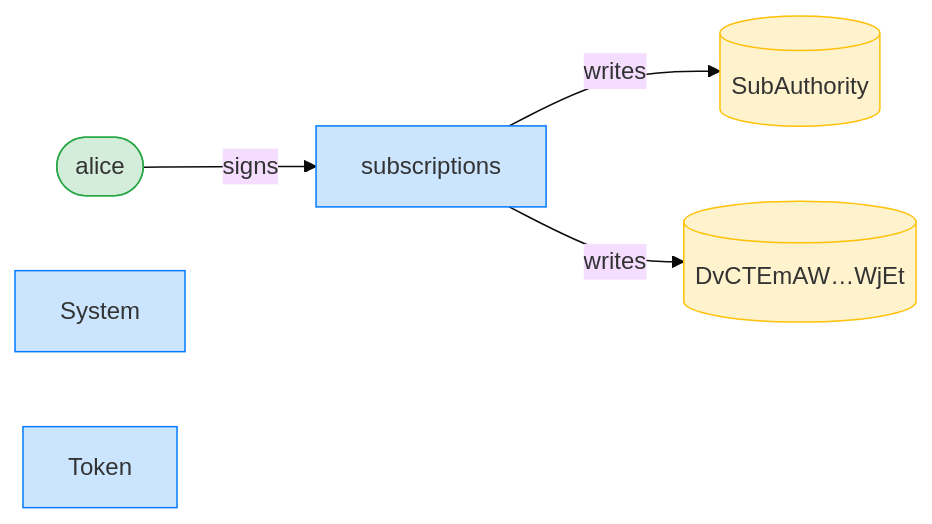
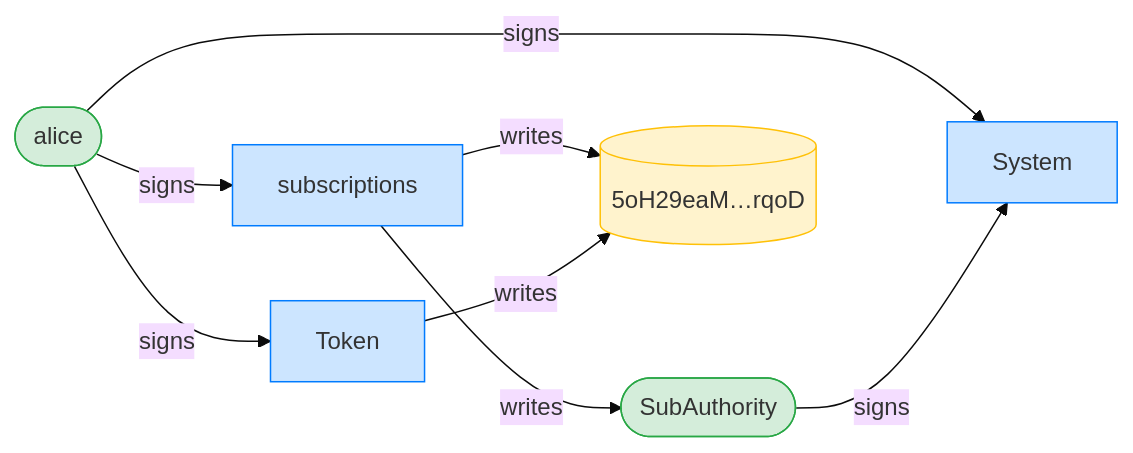
The third of 16 diagrams in dsl_tests/create-multiple-delegations-at-different-nonces.md (cds-rs/subscriptions), drawn with Mermaid (base theme) before and after one commit. The commit also changed other lines of this file and 224 other files, not shown here.

````diff
--- a/dsl_tests/create-multiple-delegations-at-different-nonces.md
+++ b/dsl_tests/create-multiple-delegations-at-different-nonces.md
@@ -53,15 +54,19 @@
 ```mermaid
 flowchart LR
     classDef signer fill:#d4edda,stroke:#28a745;
     classDef program fill:#cce5ff,stroke:#007bff;
     classDef writable fill:#fff3cd,stroke:#ffc107;
     subscriptions[subscriptions]:::program
     alice([alice]):::signer
-    SubAuthority[(SubAuthority)]:::writable
-    DvCTEmAW_WjEt[("DvCTEmAW…WjEt")]:::writable
+    SubAuthority([SubAuthority]):::signer
+    5oH29eaM_rqoD[("5oH29eaM…rqoD")]:::writable
     System[System]:::program
     Token[Token]:::program
     alice -->|signs| subscriptions
+    alice -->|signs| System
+    SubAuthority -->|signs| System
+    alice -->|signs| Token
     subscriptions -->|writes| SubAuthority
-    subscriptions -->|writes| DvCTEmAW_WjEt
+    subscriptions -->|writes| 5oH29eaM_rqoD
+    Token -->|writes| 5oH29eaM_rqoD
 ```
````
